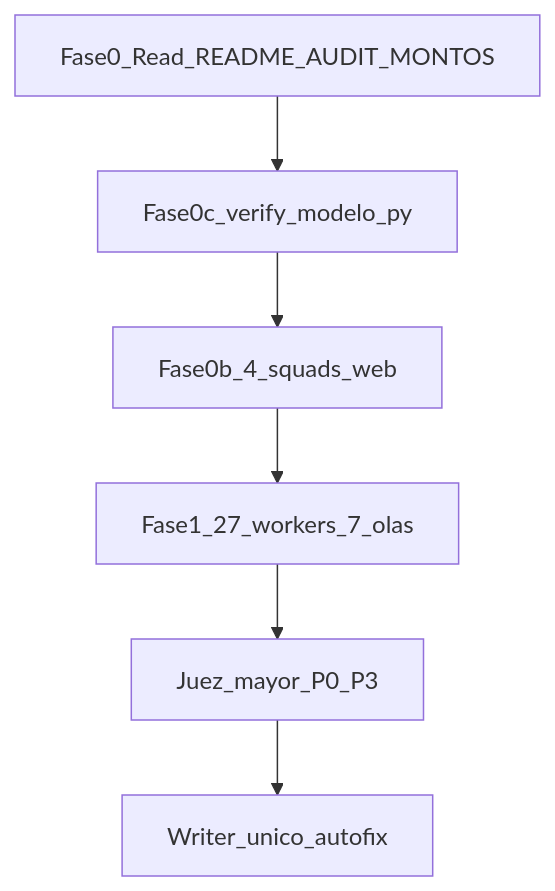
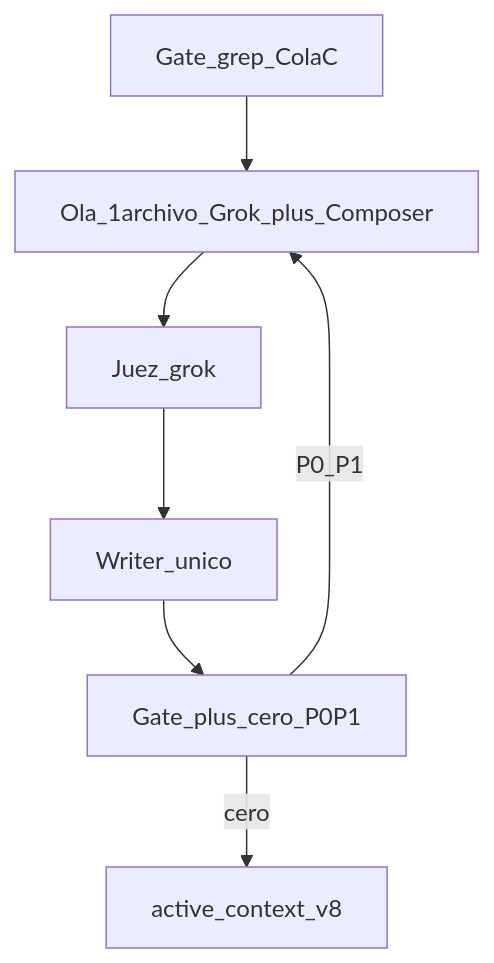
The diagram in docs/plantillas/PROMPT_AUDIT_FORENSE_PACK_LANZAMIENTO.md (Abrahan-Eagle/ZonixPharma-Backend), drawn with Mermaid before and after one commit. The commit also changed other lines of this file and 143 other files, not shown here.

````diff
--- a/docs/plantillas/PROMPT_AUDIT_FORENSE_PACK_LANZAMIENTO.md
+++ b/docs/plantillas/PROMPT_AUDIT_FORENSE_PACK_LANZAMIENTO.md
@@ -36,10 +18,11 @@
 ```mermaid
 flowchart TD
-  p0[Fase0_Read_README_AUDIT_MONTOS]
-  p0c[Fase0c_verify_modelo_py]
-  p0b[Fase0b_4_squads_web]
-  p1[Fase1_27_workers_7_olas]
-  p2[Juez_mayor_P0_P3]
-  p3[Writer_unico_autofix]
-  p0 --> p0c --> p0b --> p1 --> p2 --> p3
+  Gate[Gate_grep_ColaC]
+  Dual[Ola_1archivo_Grok_plus_Composer]
+  Fuse[Juez_grok]
+  Writer[Writer_unico]
+  DoD[Gate_plus_cero_P0P1]
+  Gate --> Dual --> Fuse --> Writer --> DoD
+  DoD -->|P0_P1| Dual
+  DoD -->|cero| Close[active_context_v8]
 ```
````
